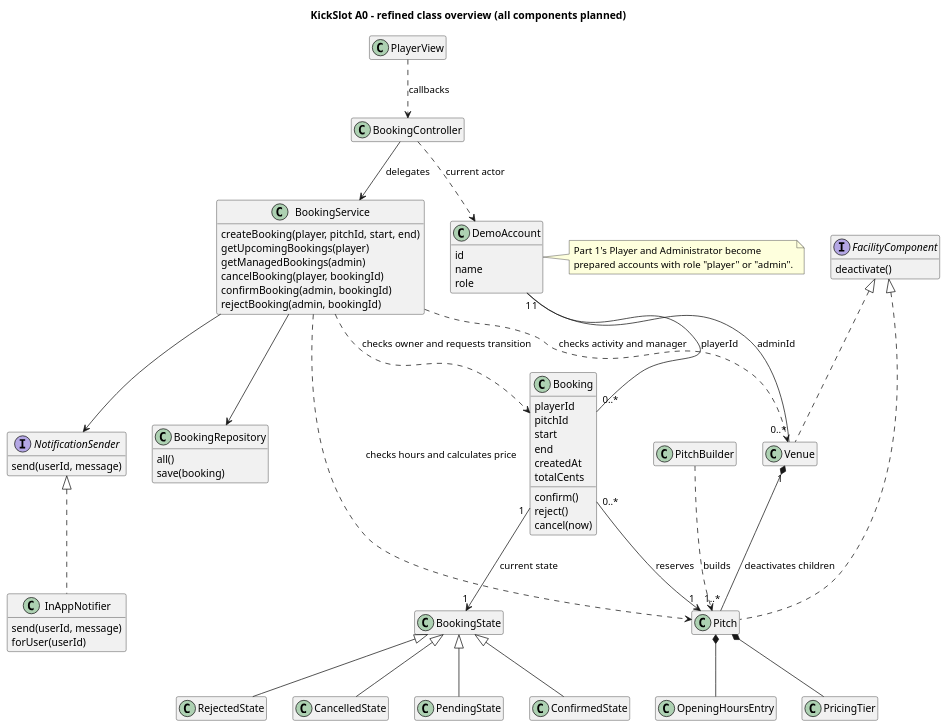
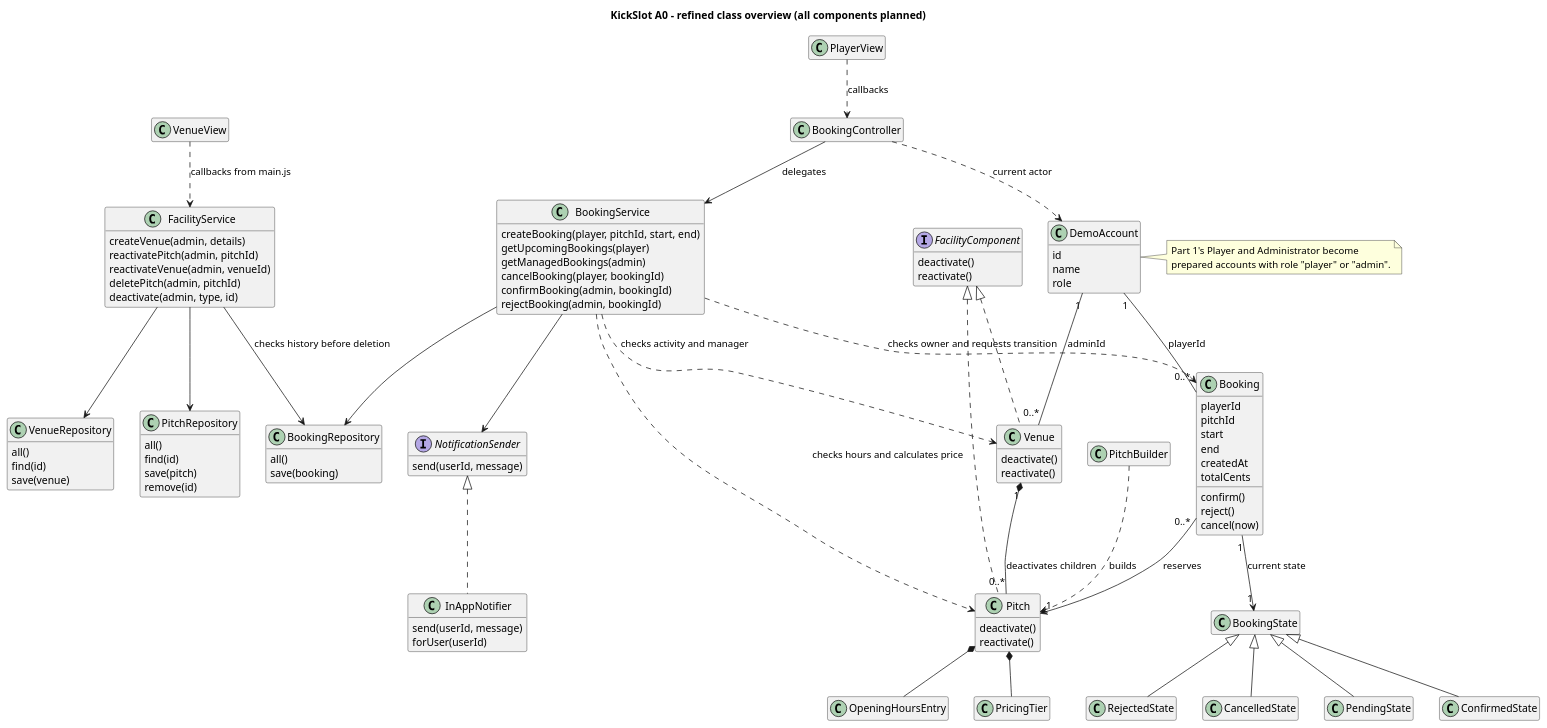
The diagram in diagrams/Part 2/class-diagram.puml (AnidMehmeti/KickSlot), drawn with PlantUML before and after one commit. The commit also changed 14 other files, not shown here.

```diff
--- a/diagrams/Part 2/class-diagram.puml
+++ b/diagrams/Part 2/class-diagram.puml
@@ -1,74 +1,105 @@
 @startuml
 title KickSlot A0 - refined class overview (all components planned)
 hide empty members
 skinparam classAttributeIconSize 0
 
 class DemoAccount {
   id
   name
   role
 }
 note right of DemoAccount
   Part 1's Player and Administrator become
   prepared accounts with role "player" or "admin".
 end note
 
 class BookingService {
   createBooking(player, pitchId, start, end)
   getUpcomingBookings(player)
   getManagedBookings(admin)
   cancelBooking(player, bookingId)
   confirmBooking(admin, bookingId)
   rejectBooking(admin, bookingId)
 }
 class Booking {
   playerId
   pitchId
   start
   end
   createdAt
   totalCents
   confirm()
   reject()
   cancel(now)
 }
 class BookingRepository {
   all()
   save(booking)
 }
 PlayerView ..> BookingController : callbacks
 BookingController ..> DemoAccount : current actor
 BookingController --> BookingService : delegates
 BookingService --> BookingRepository
 BookingService ..> Booking : checks owner and requests transition
 Booking "1" --> "1" BookingState : current state
 BookingState <|-- PendingState
 BookingState <|-- ConfirmedState
 BookingState <|-- RejectedState
 BookingState <|-- CancelledState
 
 interface NotificationSender {
   send(userId, message)
 }
 class InAppNotifier {
   send(userId, message)
   forUser(userId)
 }
 BookingService --> NotificationSender
 NotificationSender <|.. InAppNotifier
 
 interface FacilityComponent {
   deactivate()
+  reactivate()
 }
 FacilityComponent <|.. Venue
 FacilityComponent <|.. Pitch
-Venue "1" *-- "1..*" Pitch : deactivates children
+class Venue {
+  deactivate()
+  reactivate()
+}
+class Pitch {
+  deactivate()
+  reactivate()
+}
+class FacilityService {
+  createVenue(admin, details)
+  reactivatePitch(admin, pitchId)
+  reactivateVenue(admin, venueId)
+  deletePitch(admin, pitchId)
+  deactivate(admin, type, id)
+}
+class VenueRepository {
+  all()
+  find(id)
+  save(venue)
+}
+class PitchRepository {
+  all()
+  find(id)
+  save(pitch)
+  remove(id)
+}
+VenueView ..> FacilityService : callbacks from main.js
+FacilityService --> VenueRepository
+FacilityService --> PitchRepository
+FacilityService --> BookingRepository : checks history before deletion
+Venue "1" *-- "0..*" Pitch : deactivates children
 PitchBuilder ..> Pitch : builds
 Pitch *-- OpeningHoursEntry
 Pitch *-- PricingTier
 BookingService ..> Pitch : checks hours and calculates price
 BookingService ..> Venue : checks activity and manager
 Booking "0..*" --> "1" Pitch : reserves
 DemoAccount "1" -- "0..*" Booking : playerId
 DemoAccount "1" -- "0..*" Venue : adminId
 @enduml
```
